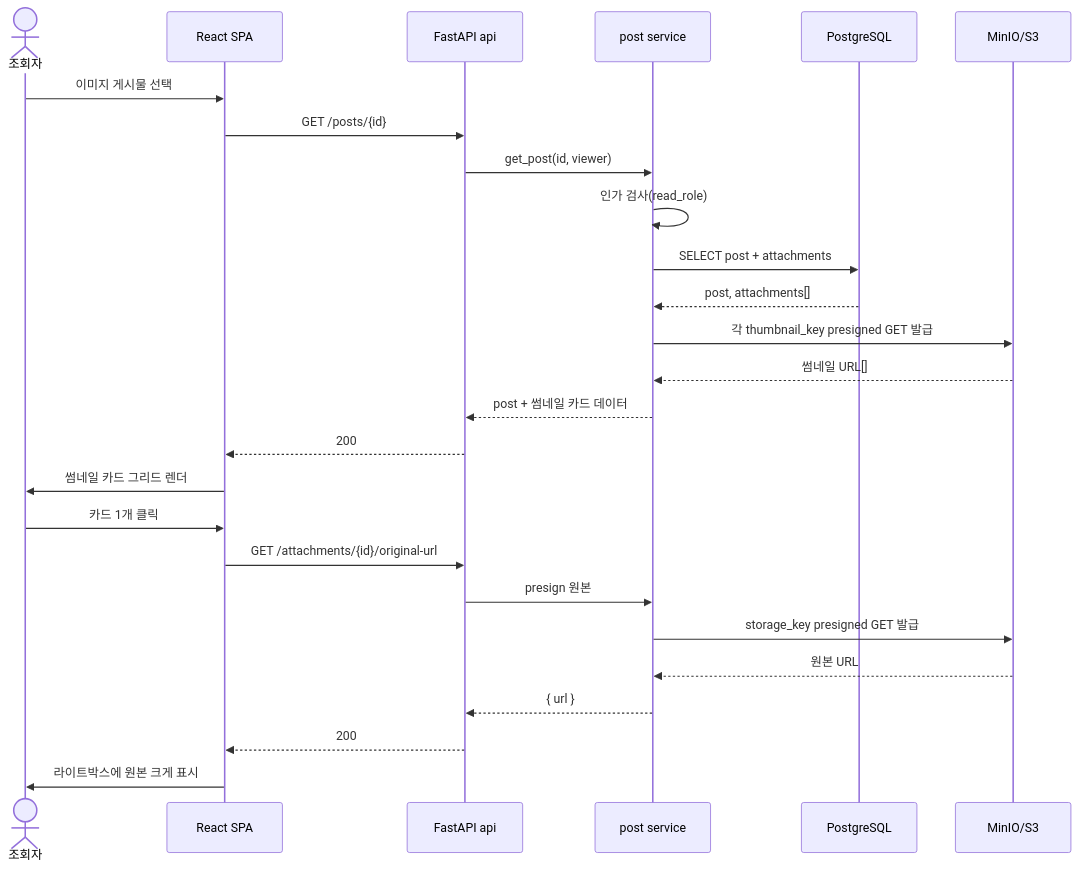
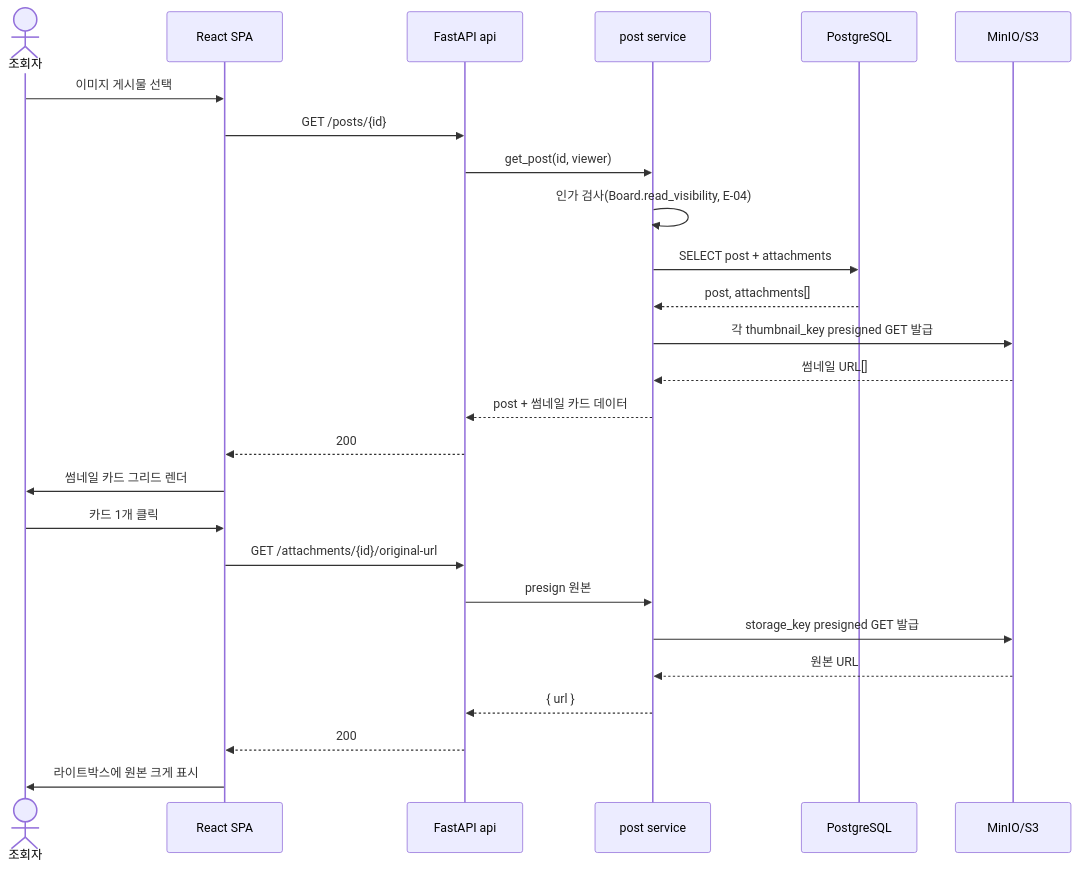
The diagram in docs/architecture/sequences/image-gallery-view.md (dalli/boards), drawn with Mermaid before and after one commit. The commit also changed 7 other files, not shown here.

````diff
--- a/docs/architecture/sequences/image-gallery-view.md
+++ b/docs/architecture/sequences/image-gallery-view.md
@@ -3,30 +3,30 @@
 ```mermaid
 sequenceDiagram
   actor V as 조회자
   participant SPA as React SPA
   participant API as FastAPI api
   participant SVC as post service
   participant DB as PostgreSQL
   participant S3 as MinIO/S3
 
   V->>SPA: 이미지 게시물 선택
   SPA->>API: GET /posts/{id}
   API->>SVC: get_post(id, viewer)
-  SVC->>SVC: 인가 검사(read_role)
+  SVC->>SVC: 인가 검사(Board.read_visibility, E-04)
   SVC->>DB: SELECT post + attachments
   DB-->>SVC: post, attachments[]
   SVC->>S3: 각 thumbnail_key presigned GET 발급
   S3-->>SVC: 썸네일 URL[]
   SVC-->>API: post + 썸네일 카드 데이터
   API-->>SPA: 200
   SPA->>V: 썸네일 카드 그리드 렌더
 
   V->>SPA: 카드 1개 클릭
   SPA->>API: GET /attachments/{id}/original-url
   API->>SVC: presign 원본
   SVC->>S3: storage_key presigned GET 발급
   S3-->>SVC: 원본 URL
   SVC-->>API: { url }
   API-->>SPA: 200
   SPA->>V: 라이트박스에 원본 크게 표시
 ```
````
